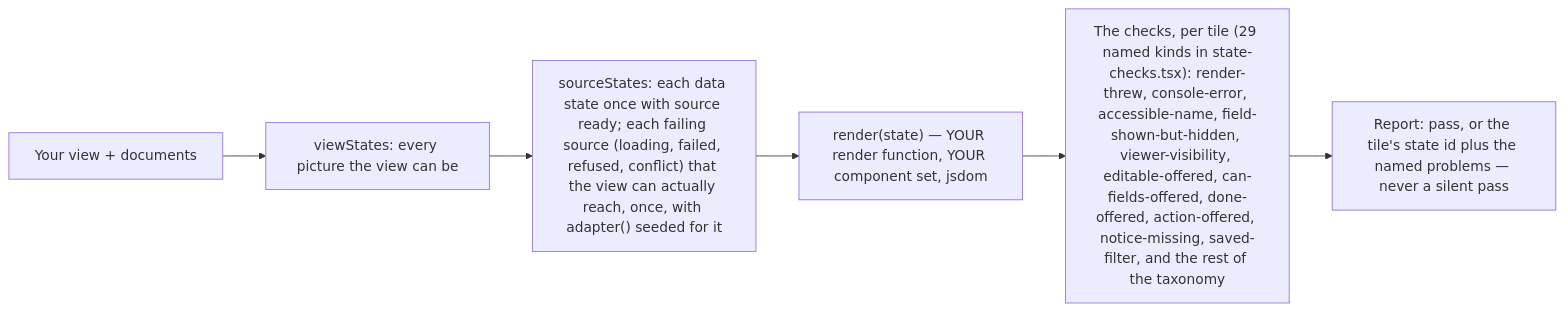
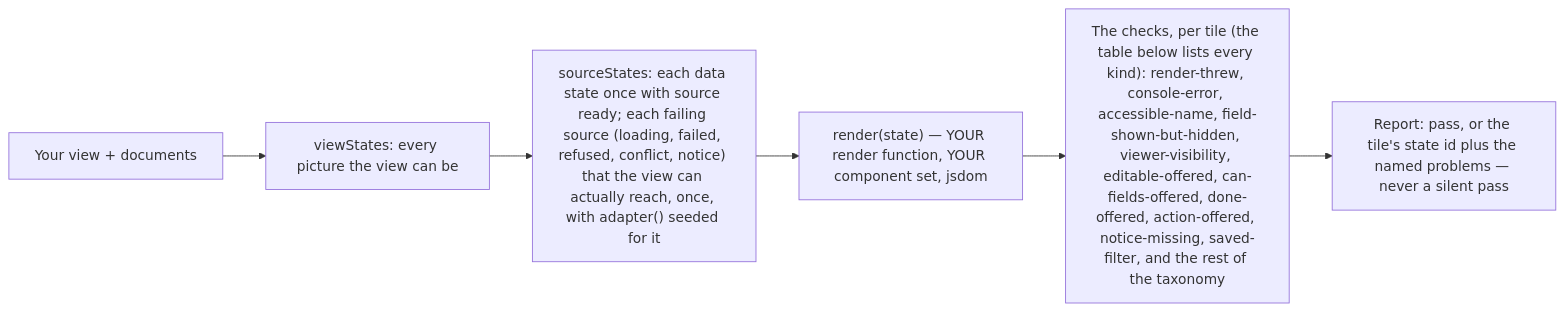
One commit to aggressive-stag/yadad changed the diagram in testing/README.md. Above: the diagram before and after it, drawn with Mermaid. The commit also changed other lines of this file and 4 other files, not shown here.

First line of the commit message:
docs(testing): name every check, source state and kit in the README

````diff
--- a/testing/README.md
+++ b/testing/README.md
@@ -64,8 +74,8 @@
 ```mermaid
 flowchart LR
   view["Your view + documents"] --> grid["viewStates: every picture the view can be"]
-  grid --> src["sourceStates: each data state once with source ready; each failing source (loading, failed, refused, conflict) that the view can actually reach, once, with adapter() seeded for it"]
+  grid --> src["sourceStates: each data state once with source ready; each failing source (loading, failed, refused, conflict, notice) that the view can actually reach, once, with adapter() seeded for it"]
   src --> mount["render(state) — YOUR render function, YOUR component set, jsdom"]
-  mount --> checks["The checks, per tile (29 named kinds in state-checks.tsx): render-threw, console-error, accessible-name, field-shown-but-hidden, viewer-visibility, editable-offered, can-fields-offered, done-offered, action-offered, notice-missing, saved-filter, and the rest of the taxonomy"]
+  mount --> checks["The checks, per tile (the table below lists every kind): render-threw, console-error, accessible-name, field-shown-but-hidden, viewer-visibility, editable-offered, can-fields-offered, done-offered, action-offered, notice-missing, saved-filter, and the rest of the taxonomy"]
   checks --> report["Report: pass, or the tile's state id plus the named problems — never a silent pass"]
 ```
````
